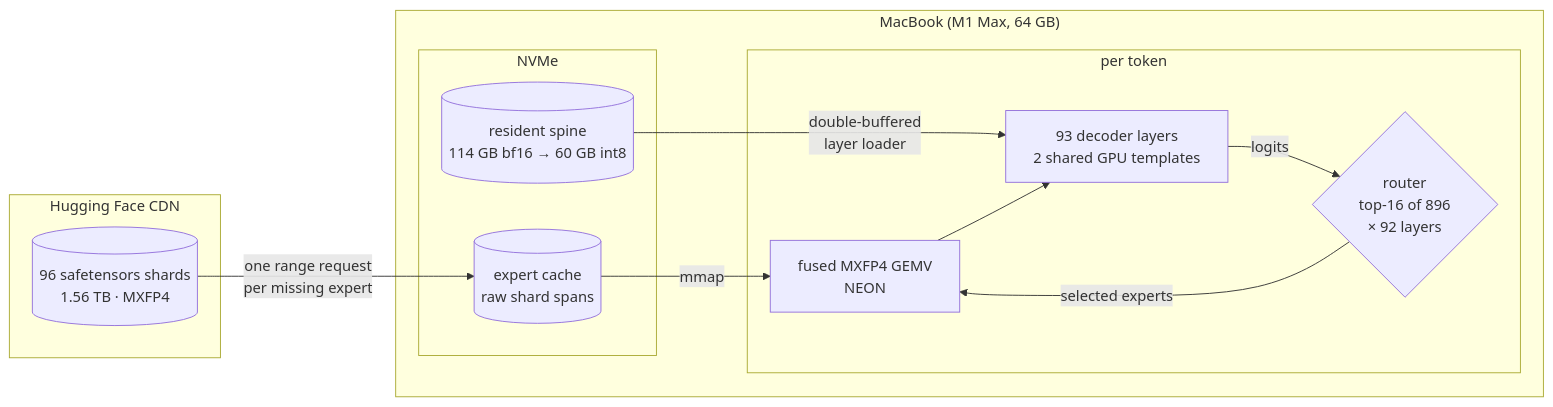
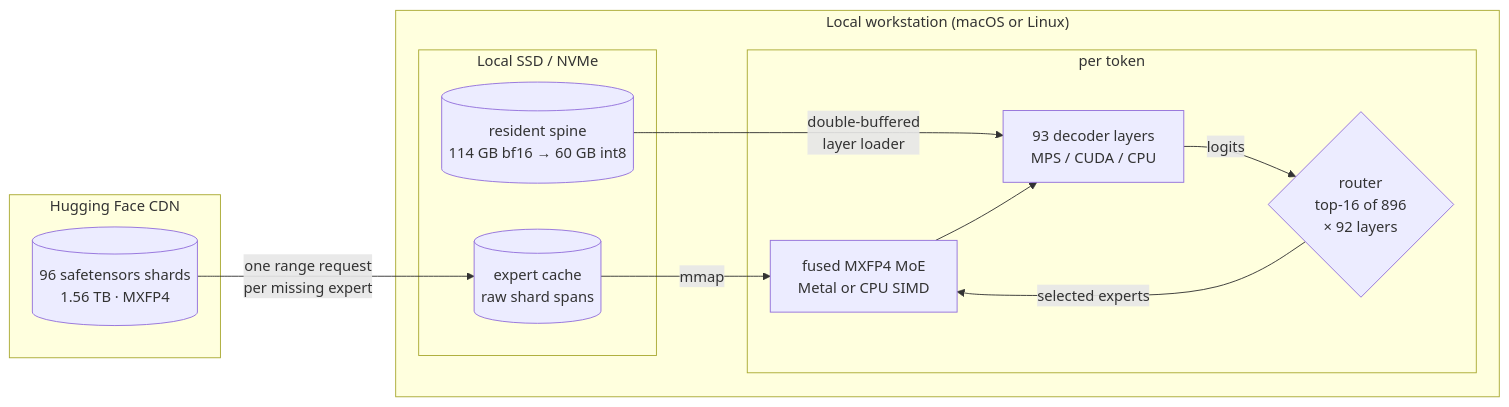
One commit to calmasacow/deltafin changed the first of 2 diagrams in README.md. Above: the diagram before and after it, drawn with Mermaid. The commit also changed other lines of this file and 17 other files, not shown here.

````diff
--- a/README.md
+++ b/README.md
@@ -227,23 +257,23 @@
 ```mermaid
 flowchart LR
     subgraph HF["Hugging Face CDN"]
         W[("96 safetensors shards<br/>1.56 TB · MXFP4")]
     end
-    subgraph MAC["MacBook (M1 Max, 64 GB)"]
-        subgraph DISK["NVMe"]
+    subgraph HOST["Local workstation (macOS or Linux)"]
+        subgraph DISK["Local SSD / NVMe"]
             SP[("resident spine<br/>114 GB bf16 → 60 GB int8")]
             EC[("expert cache<br/>raw shard spans")]
         end
         subgraph TOK["per token"]
             R{"router<br/>top-16 of 896<br/>× 92 layers"}
-            L["93 decoder layers<br/>2 shared GPU templates"]
-            K["fused MXFP4 GEMV<br/>NEON"]
+            L["93 decoder layers<br/>MPS / CUDA / CPU"]
+            K["fused MXFP4 MoE<br/>Metal or CPU SIMD"]
         end
     end
     W -- "one range request<br/>per missing expert" --> EC
     SP -- "double-buffered<br/>layer loader" --> L
     EC -- "mmap" --> K
     R -- "selected experts" --> K
     K --> L
     L -- "logits" --> R
 ```
````
